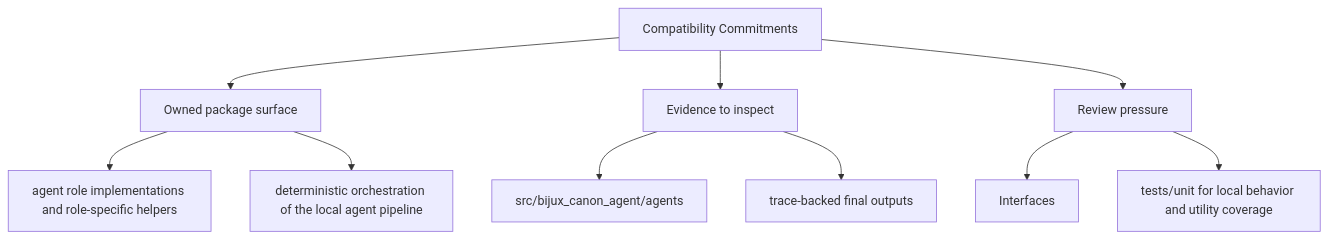
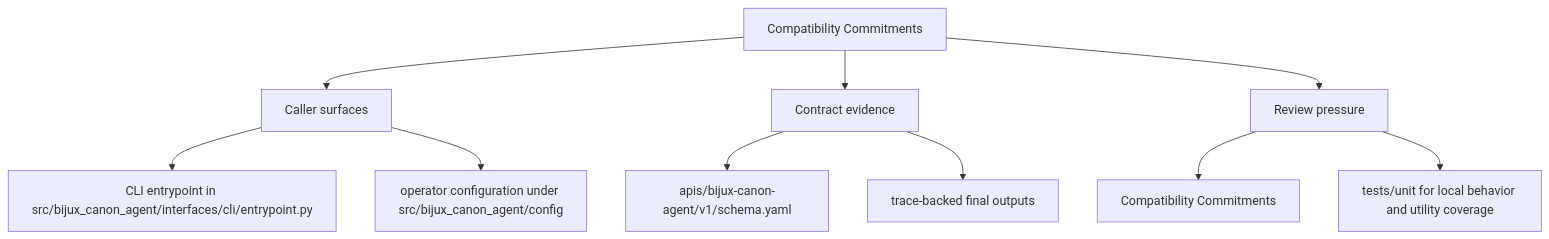
One commit to bijux/bijux-canon changed the second of 2 diagrams in docs/bijux-canon-agent/interfaces/compatibility-commitments.md. Above: the diagram before and after it, drawn with Mermaid. The commit also changed other lines of this file and 250 other files, not shown here.

Commit message:
docs(diagrams): make product page maps more readable

````diff
--- a/docs/bijux-canon-agent/interfaces/compatibility-commitments.md
+++ b/docs/bijux-canon-agent/interfaces/compatibility-commitments.md
@@ -35,22 +35,22 @@
 ```mermaid
 flowchart TD
     page["Compatibility Commitments"]
-    focus1["Owned package surface"]
+    focus1["Caller surfaces"]
     page --> focus1
-    focus1_1["agent role implementations and role-specific helpers"]
+    focus1_1["CLI entrypoint in src/bijux_canon_agent/interfaces/cli/entrypoint.py"]
     focus1 --> focus1_1
-    focus1_2["deterministic orchestration of the local agent pipeline"]
+    focus1_2["operator configuration under src/bijux_canon_agent/config"]
     focus1 --> focus1_2
-    focus2["Evidence to inspect"]
+    focus2["Contract evidence"]
     page --> focus2
-    focus2_1["src/bijux_canon_agent/agents"]
+    focus2_1["apis/bijux-canon-agent/v1/schema.yaml"]
     focus2 --> focus2_1
     focus2_2["trace-backed final outputs"]
     focus2 --> focus2_2
     focus3["Review pressure"]
     page --> focus3
-    focus3_1["Interfaces"]
+    focus3_1["Compatibility Commitments"]
     focus3 --> focus3_1
     focus3_2["tests/unit for local behavior and utility coverage"]
     focus3 --> focus3_2
 ```
````
